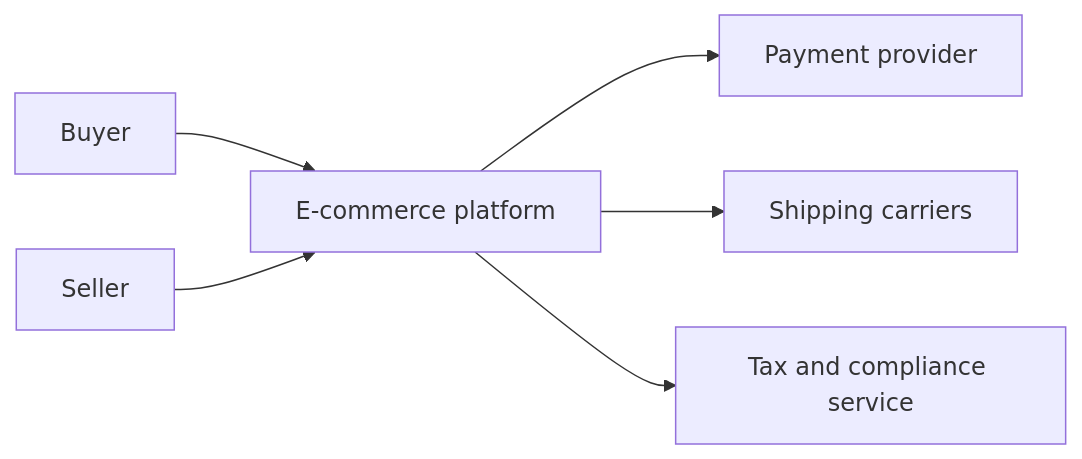
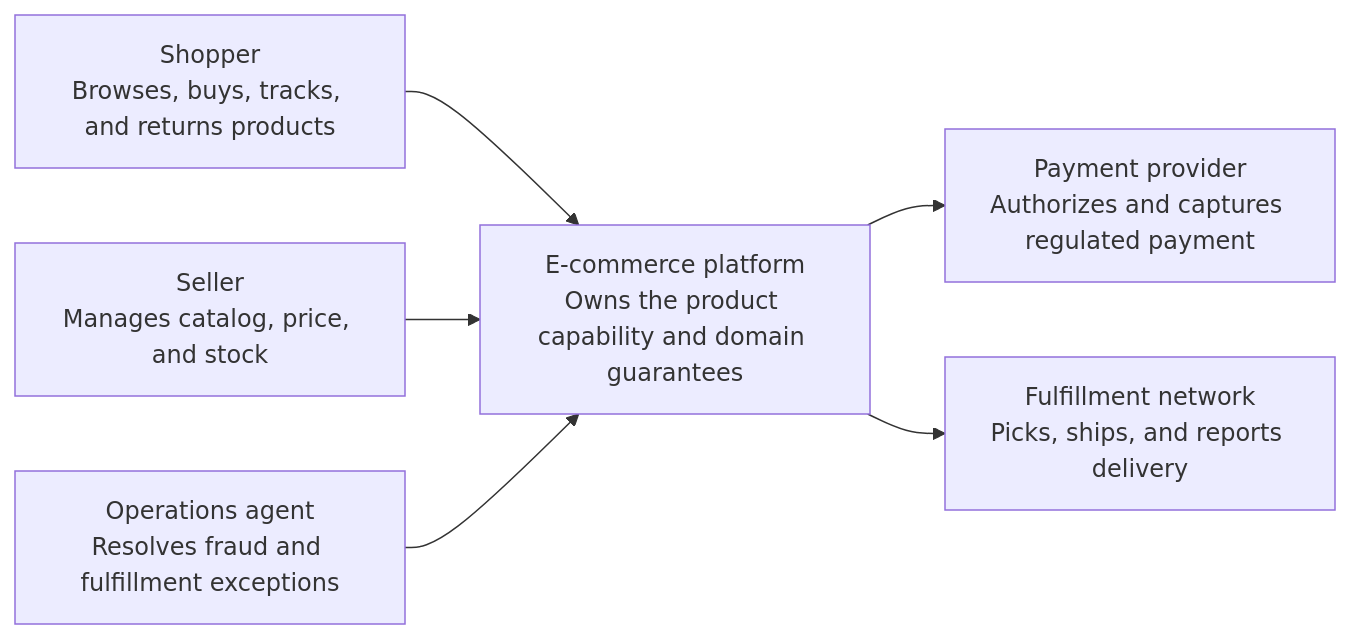
One commit to navaidya/learning changed the first of 5 diagrams in content/system-design/16-ecommerce-platform.md. Above: the diagram before and after it, drawn with Mermaid. The commit also changed other lines of this file and 49 other files, not shown here.

````diff
--- a/content/system-design/16-ecommerce-platform.md
+++ b/content/system-design/16-ecommerce-platform.md
@@ -34,10 +53,11 @@
 ```mermaid
 flowchart LR
   accTitle: E-commerce platform system context
-  accDescr: Buyers and sellers use the platform, which integrates with payment, shipping, and tax providers.
-  Buyer --> Platform[E-commerce platform]
-  Seller --> Platform
-  Platform --> PSP[Payment provider]
-  Platform --> Carrier[Shipping carriers]
-  Platform --> Tax[Tax and compliance service]
+  accDescr: Human and system actors use E-commerce platform, which integrates with explicitly bounded external capabilities.
+  A1["Shopper<br/>Browses, buys, tracks, and returns products"] --> System
+  A2["Seller<br/>Manages catalog, price, and stock"] --> System
+  A3["Operations agent<br/>Resolves fraud and fulfillment exceptions"] --> System
+  System["E-commerce platform<br/>Owns the product capability and domain guarantees"]
+  System --> E1["Payment provider<br/>Authorizes and captures regulated payment"]
+  System --> E2["Fulfillment network<br/>Picks, ships, and reports delivery"]
 ```
````
